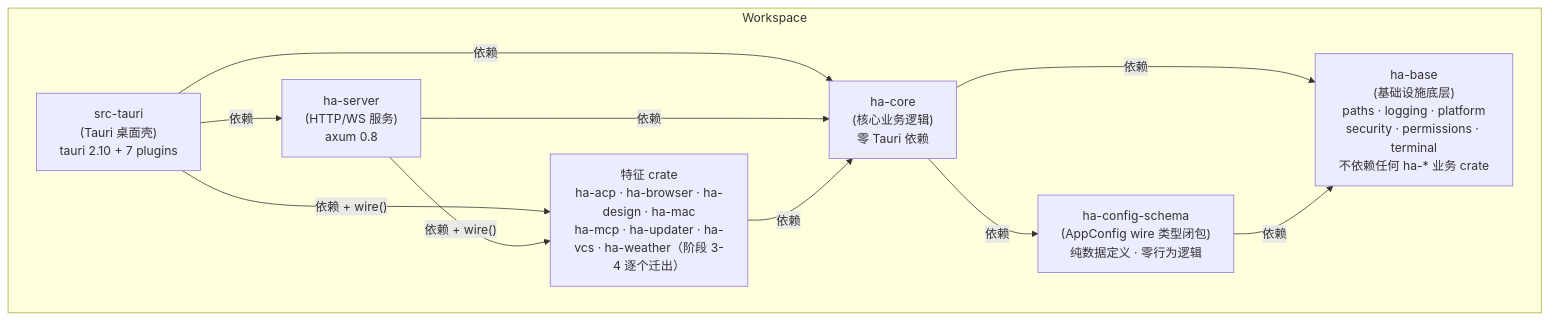
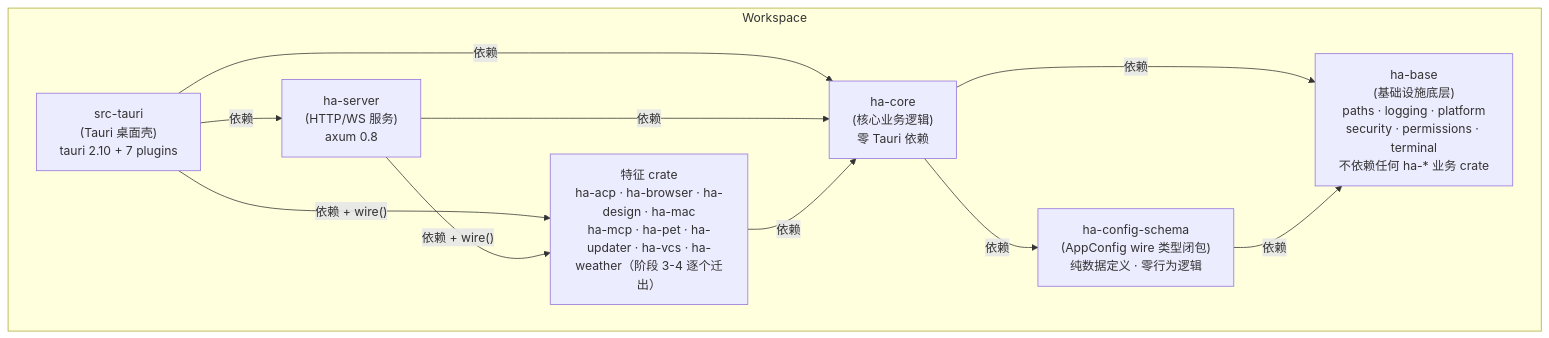
One commit to shiwenwen/hope-agent changed the first of 6 diagrams in docs/architecture/backend-separation.md. Above: the diagram before and after it, drawn with Mermaid. The commit also changed other lines of this file and 41 other files, not shown here.

First line of the commit message:
refactor(pet): 阶段 4 第四刀——桌面宠物迁出为特征 crate ha-pet

````diff
--- a/docs/architecture/backend-separation.md
+++ b/docs/architecture/backend-separation.md
@@ -15,22 +15,22 @@
 ```mermaid
 graph TD
     subgraph Workspace
         HA_TAURI["src-tauri<br/>(Tauri 桌面壳)<br/>tauri 2.10 + 7 plugins"]
         HA_SERVER["ha-server<br/>(HTTP/WS 服务)<br/>axum 0.8"]
-        HA_FEAT["特征 crate<br/>ha-acp · ha-browser · ha-design · ha-mac<br/>ha-mcp · ha-updater · ha-vcs · ha-weather（阶段 3-4 逐个迁出）"]
+        HA_FEAT["特征 crate<br/>ha-acp · ha-browser · ha-design · ha-mac<br/>ha-mcp · ha-pet · ha-updater · ha-vcs · ha-weather（阶段 3-4 逐个迁出）"]
         HA_CORE["ha-core<br/>(核心业务逻辑)<br/>零 Tauri 依赖"]
         HA_SCHEMA["ha-config-schema<br/>(AppConfig wire 类型闭包)<br/>纯数据定义 · 零行为逻辑"]
         HA_BASE["ha-base<br/>(基础设施底层)<br/>paths · logging · platform<br/>security · permissions · terminal<br/>不依赖任何 ha-* 业务 crate"]
     end
 
     HA_TAURI -->|"依赖"| HA_SERVER
     HA_TAURI -->|"依赖 + wire()"| HA_FEAT
     HA_TAURI -->|"依赖"| HA_CORE
     HA_SERVER -->|"依赖 + wire()"| HA_FEAT
     HA_SERVER -->|"依赖"| HA_CORE
     HA_FEAT -->|"依赖"| HA_CORE
     HA_CORE -->|"依赖"| HA_SCHEMA
     HA_CORE -->|"依赖"| HA_BASE
     HA_SCHEMA -->|"依赖"| HA_BASE
 
 ```
````
